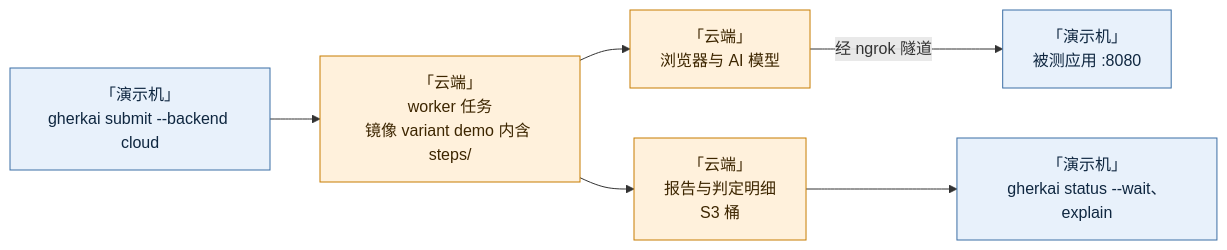
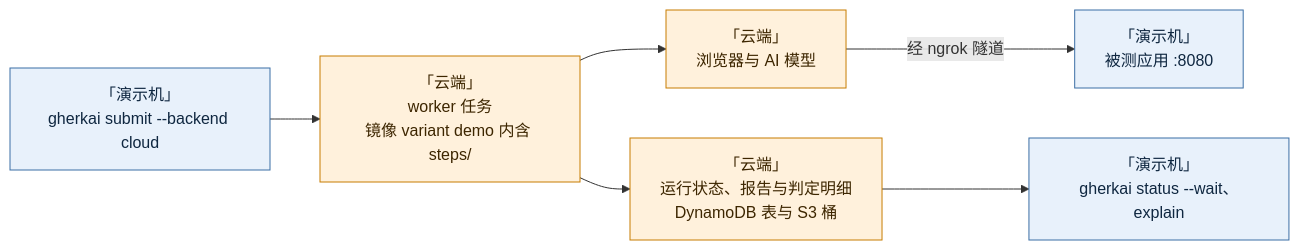
One commit to zhiyanliu/gherkai-webapp-demo changed the third of 3 diagrams in docs/demo-runbook.md. Above: the diagram before and after it, drawn with Mermaid. The commit also changed other lines of this file, not shown here.

Commit message:
runbook 环境图：结果节点改为「运行状态、报告与判定明细」，云端标 DynamoDB 表与 S3 桶，与 status 读状态、explain 读明细的实现一致

````diff
--- a/docs/demo-runbook.md
+++ b/docs/demo-runbook.md
@@ -80,9 +80,9 @@
 ```mermaid
 flowchart LR
     CLI["「演示机」<br/>gherkai submit --backend cloud"] --> WK["「云端」<br/>worker 任务<br/>镜像 variant demo 内含 steps/"] --> BR["「云端」<br/>浏览器与 AI 模型"] -- "经 ngrok 隧道" --> APP["「演示机」<br/>被测应用 :8080"]
-    WK --> S3["「云端」<br/>报告与判定明细<br/>S3 桶"] --> RD["「演示机」<br/>gherkai status --wait、explain"]
+    WK --> S3["「云端」<br/>运行状态、报告与判定明细<br/>DynamoDB 表与 S3 桶"] --> RD["「演示机」<br/>gherkai status --wait、explain"]
     classDef local fill:#e8f1fb,stroke:#3b6ea5,color:#0f2740
     classDef cloud fill:#fff1dc,stroke:#c77d00,color:#3d2600
     class CLI,APP,RD local
     class WK,BR,S3 cloud
 ```
````
